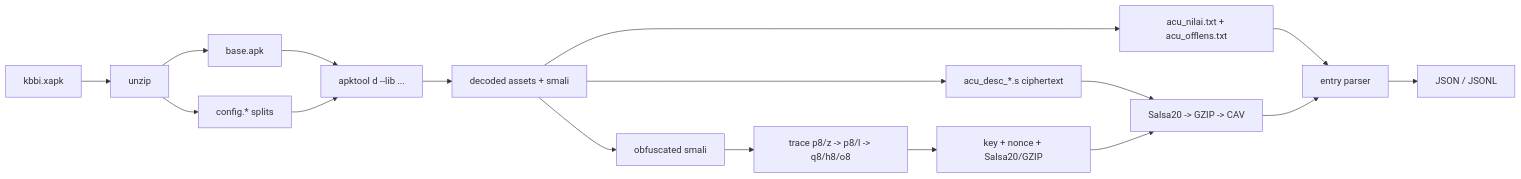
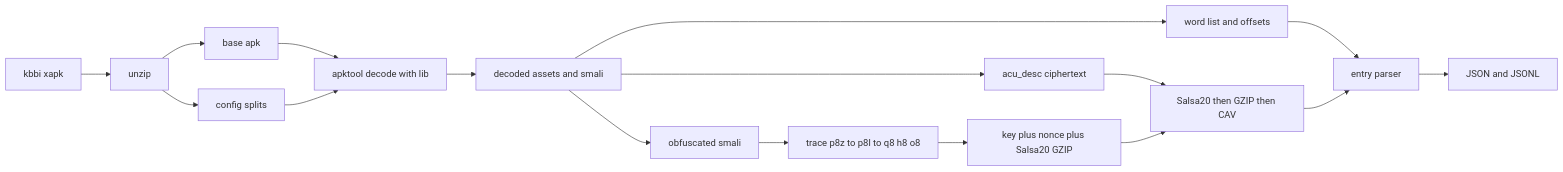
One commit to kadekutama/kbbi changed the first of 3 diagrams in docs/reverse-engineering.md. Above: the diagram before and after it, drawn with Mermaid. The commit also changed other lines of this file and 13 other files, not shown here.

Commit message:
docs: public-release pass (MIT license, README, diagrams, extraction guide)

````diff
--- a/docs/reverse-engineering.md
+++ b/docs/reverse-engineering.md
@@ -250,19 +278,19 @@
 ```mermaid
 flowchart LR
-    A[kbbi.xapk] --> B[unzip]
-    B --> C[base.apk]
-    B --> D[config.* splits]
-    C --> E[apktool d --lib ...]
+    A["kbbi xapk"] --> B["unzip"]
+    B --> C["base apk"]
+    B --> D["config splits"]
+    C --> E["apktool decode with lib"]
     D --> E
-    E --> F[decoded assets + smali]
-    F --> G["acu_desc_*.s ciphertext"]
-    F --> H["acu_nilai.txt + acu_offlens.txt"]
+    E --> F["decoded assets and smali"]
+    F --> G["acu_desc ciphertext"]
+    F --> H["word list and offsets"]
     F --> I["obfuscated smali"]
-    I --> J["trace p8/z -> p8/l -> q8/h8/o8"]
-    J --> K["key + nonce + Salsa20/GZIP"]
-    G --> L["Salsa20 -> GZIP -> CAV"]
+    I --> J["trace p8z to p8l to q8 h8 o8"]
+    J --> K["key plus nonce plus Salsa20 GZIP"]
+    G --> L["Salsa20 then GZIP then CAV"]
     K --> L
     H --> M["entry parser"]
     L --> M
-    M --> N["JSON / JSONL"]
+    M --> N["JSON and JSONL"]
 ```
````
